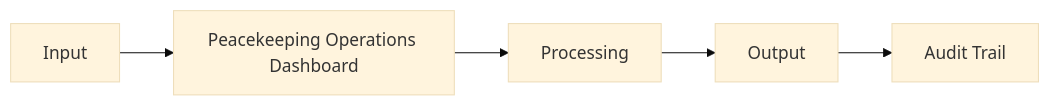
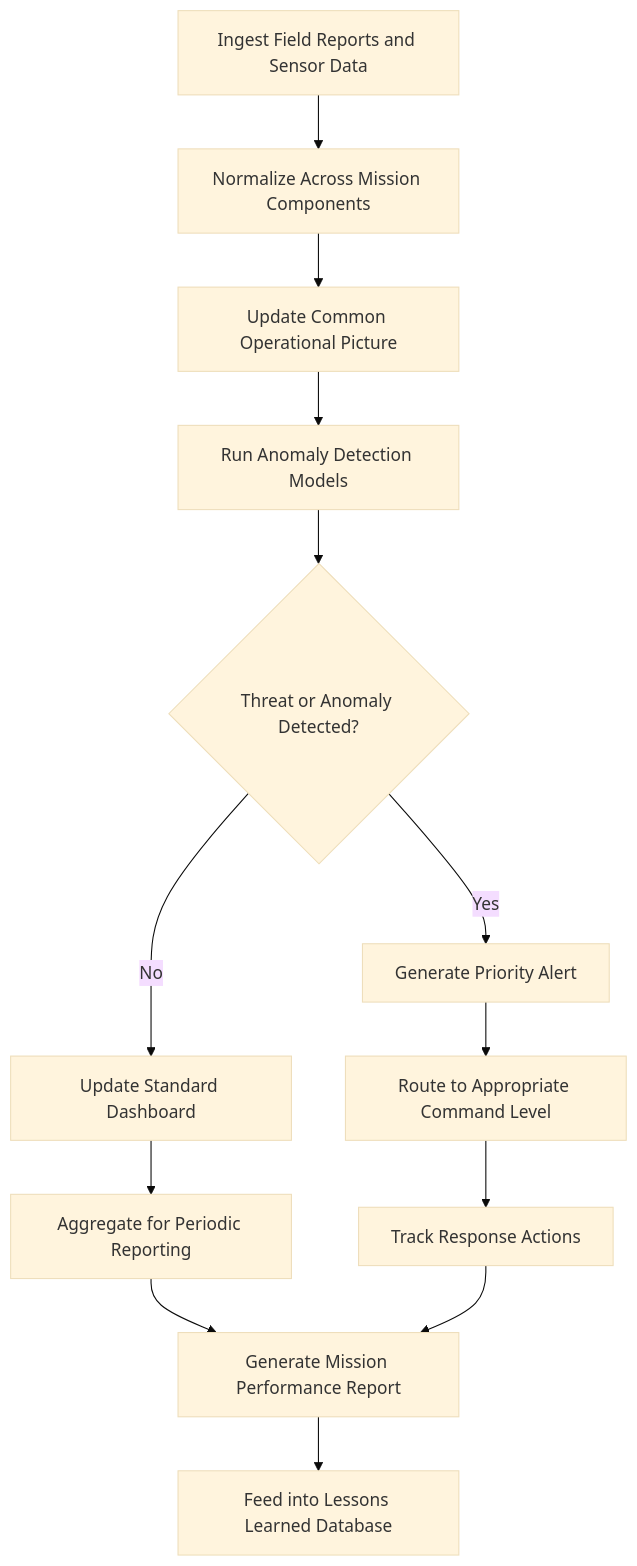
Before and after one commit to andrew-leo-2024/marketplace-docs: the diagram in docs/audiences/04-international-institutions/peacekeeping-operations-dashboard.mdx, drawn with Mermaid (base theme). The commit also changed other lines of this file and 401 other files, not shown here.

````diff
--- a/docs/audiences/04-international-institutions/peacekeeping-operations-dashboard.mdx
+++ b/docs/audiences/04-international-institutions/peacekeeping-operations-dashboard.mdx
@@ -29,7 +35,15 @@
 ```mermaid
-graph LR
-    A[Input] --> B[Peacekeeping Operations Dashboard]
-    B --> C[Processing]
-    C --> D[Output]
-    D --> E[Audit Trail]
+graph TD
+    A[Ingest Field Reports and Sensor Data] --> B[Normalize Across Mission Components]
+    B --> C[Update Common Operational Picture]
+    C --> D[Run Anomaly Detection Models]
+    D --> E{Threat or Anomaly Detected?}
+    E -->|Yes| F[Generate Priority Alert]
+    E -->|No| G[Update Standard Dashboard]
+    F --> H[Route to Appropriate Command Level]
+    G --> I[Aggregate for Periodic Reporting]
+    H --> J[Track Response Actions]
+    I --> K[Generate Mission Performance Report]
+    J --> K
+    K --> L[Feed into Lessons Learned Database]
 ```
````
